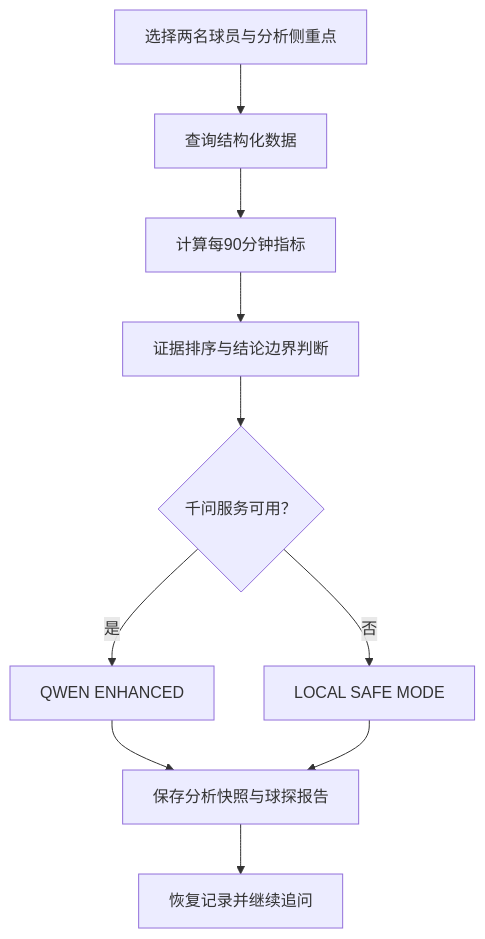
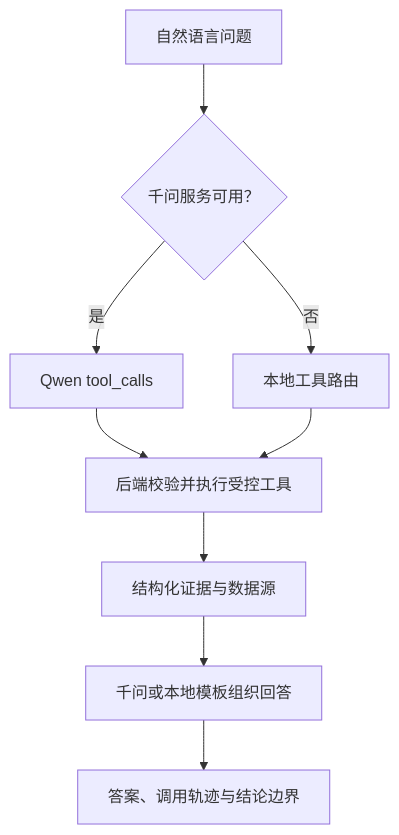
Before and after one commit to ruiyangxie434-byte/premier-league-insight-agent: the diagram in README.md, drawn with Mermaid. The commit also changed other lines of this file and 31 other files, not shown here.

````diff
--- a/README.md
+++ b/README.md
@@ -46,12 +48,11 @@
 ```mermaid
 flowchart TD
-    A["选择两名球员与分析侧重点"] --> B["查询结构化数据"]
-    B --> C["计算每90分钟指标"]
-    C --> D["证据排序与结论边界判断"]
-    D --> E{"千问服务可用？"}
-    E -->|是| F["QWEN ENHANCED"]
-    E -->|否| G["LOCAL SAFE MODE"]
-    F --> H["保存分析快照与球探报告"]
-    G --> H
-    H --> I["恢复记录并继续追问"]
+    A["自然语言问题"] --> B{"千问服务可用？"}
+    B -->|是| C["Qwen tool_calls"]
+    B -->|否| D["本地工具路由"]
+    C --> E["后端校验并执行受控工具"]
+    D --> E
+    E --> F["结构化证据与数据源"]
+    F --> G["千问或本地模板组织回答"]
+    G --> H["答案、调用轨迹与结论边界"]
 ```
````
